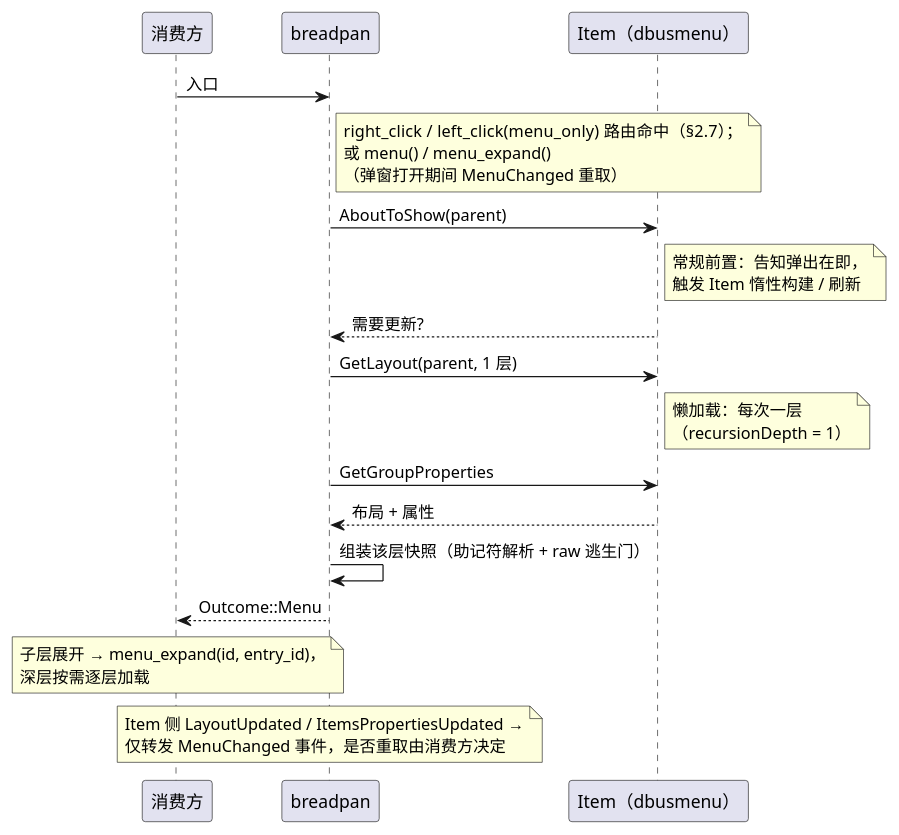
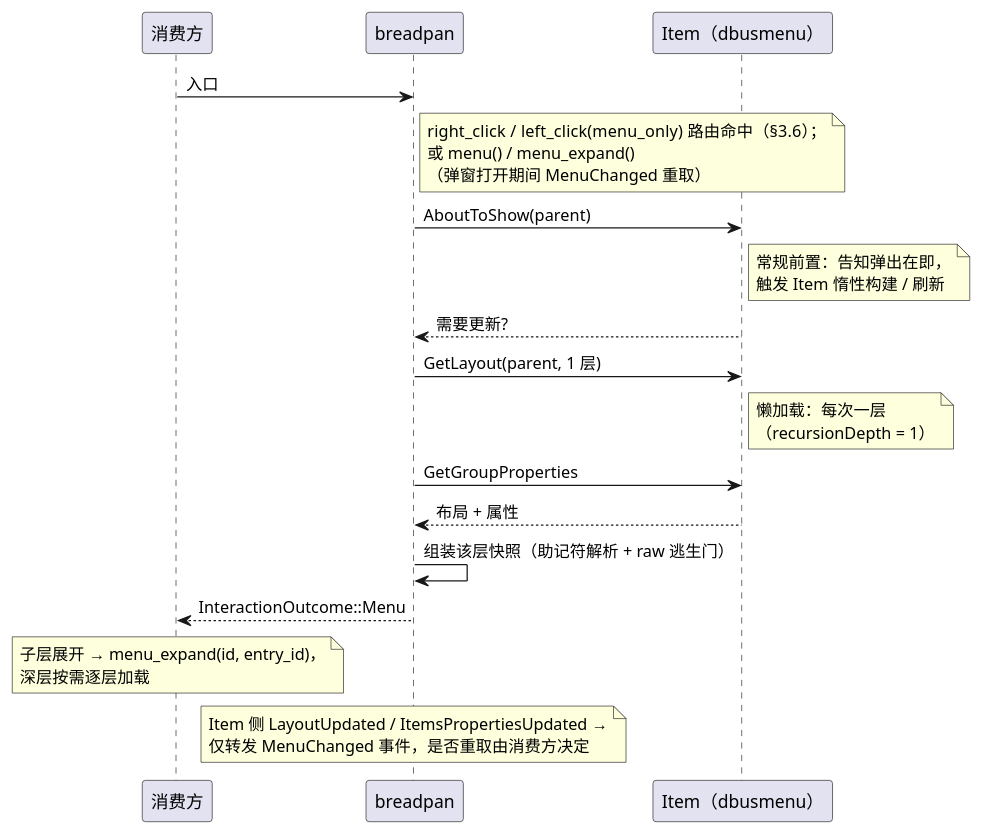
One commit to 54m43lJ/BreadKnife changed the diagram in breadpan/diagram/breadpan-menu.puml. Above: the diagram before and after it, drawn with PlantUML. The commit also changed 15 other files, not shown here.

```diff
--- a/breadpan/diagram/breadpan-menu.puml
+++ b/breadpan/diagram/breadpan-menu.puml
@@ -1,35 +1,35 @@
 @startuml breadpan-menu
 participant 消费方
 participant breadpan
 participant "Item（dbusmenu）" as item
 
 消费方 -> breadpan: 入口
 note right of breadpan
-  right_click / left_click(menu_only) 路由命中（§2.7）；
+  right_click / left_click(menu_only) 路由命中（§3.6）；
   或 menu() / menu_expand()
   （弹窗打开期间 MenuChanged 重取）
 end note
 breadpan -> item: AboutToShow(parent)
 note right of item
   常规前置：告知弹出在即，
   触发 Item 惰性构建 / 刷新
 end note
 item --> breadpan: 需要更新?
 breadpan -> item: GetLayout(parent, 1 层)
 note right of item
   懒加载：每次一层
   （recursionDepth = 1）
 end note
 breadpan -> item: GetGroupProperties
 item --> breadpan: 布局 + 属性
 breadpan -> breadpan: 组装该层快照（助记符解析 + raw 逃生门）
-breadpan --> 消费方: Outcome::Menu
+breadpan --> 消费方: InteractionOutcome::Menu
 note over 消费方
   子层展开 → menu_expand(id, entry_id)，
   深层按需逐层加载
 end note
 note over breadpan
   Item 侧 LayoutUpdated / ItemsPropertiesUpdated →
   仅转发 MenuChanged 事件，是否重取由消费方决定
 end note
 @enduml
```
